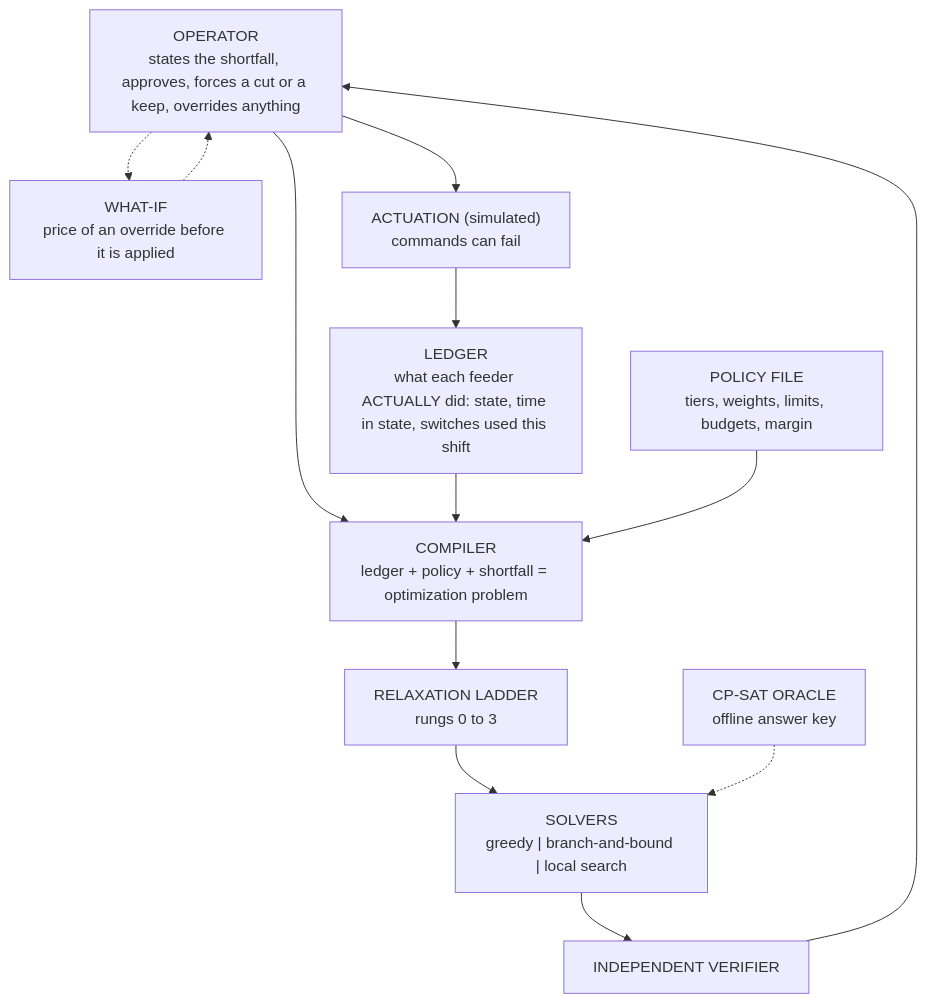
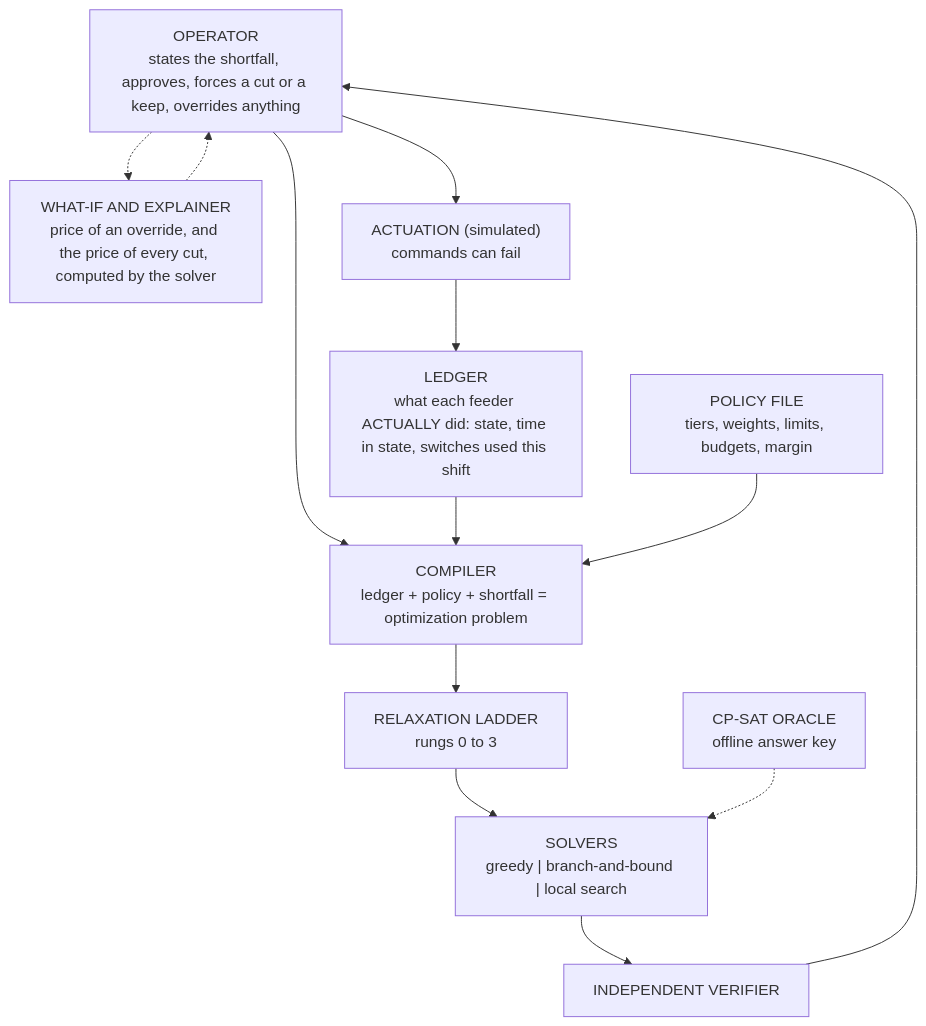
The diagram in docs/guide.md (realastronics/UrjaNiyam), drawn with Mermaid before and after one commit. The commit also changed other lines of this file, not shown here.

````diff
--- a/docs/guide.md
+++ b/docs/guide.md
@@ -227,25 +246,25 @@
 ```mermaid
 flowchart TD
     OP["OPERATOR<br/>states the shortfall, approves, forces a cut or a keep, overrides anything"]
     LD["LEDGER<br/>what each feeder ACTUALLY did: state, time in state, switches used this shift"]
     PL["POLICY FILE<br/>tiers, weights, limits, budgets, margin"]
     CP["COMPILER<br/>ledger + policy + shortfall = optimization problem"]
     LAD["RELAXATION LADDER<br/>rungs 0 to 3"]
     SOL["SOLVERS<br/>greedy | branch-and-bound | local search"]
     VER["INDEPENDENT VERIFIER"]
-    WI["WHAT-IF<br/>price of an override before it is applied"]
+    WI["WHAT-IF AND EXPLAINER<br/>price of an override, and the price of every cut, computed by the solver"]
     ACT["ACTUATION (simulated)<br/>commands can fail"]
     OR["CP-SAT ORACLE<br/>offline answer key"]
     OP --> CP
     LD --> CP
     PL --> CP
     CP --> LAD
     LAD --> SOL
     SOL --> VER
     VER --> OP
     OP -.-> WI
     WI -.-> OP
     OP --> ACT
     ACT --> LD
     OR -.-> SOL
 ```
````
